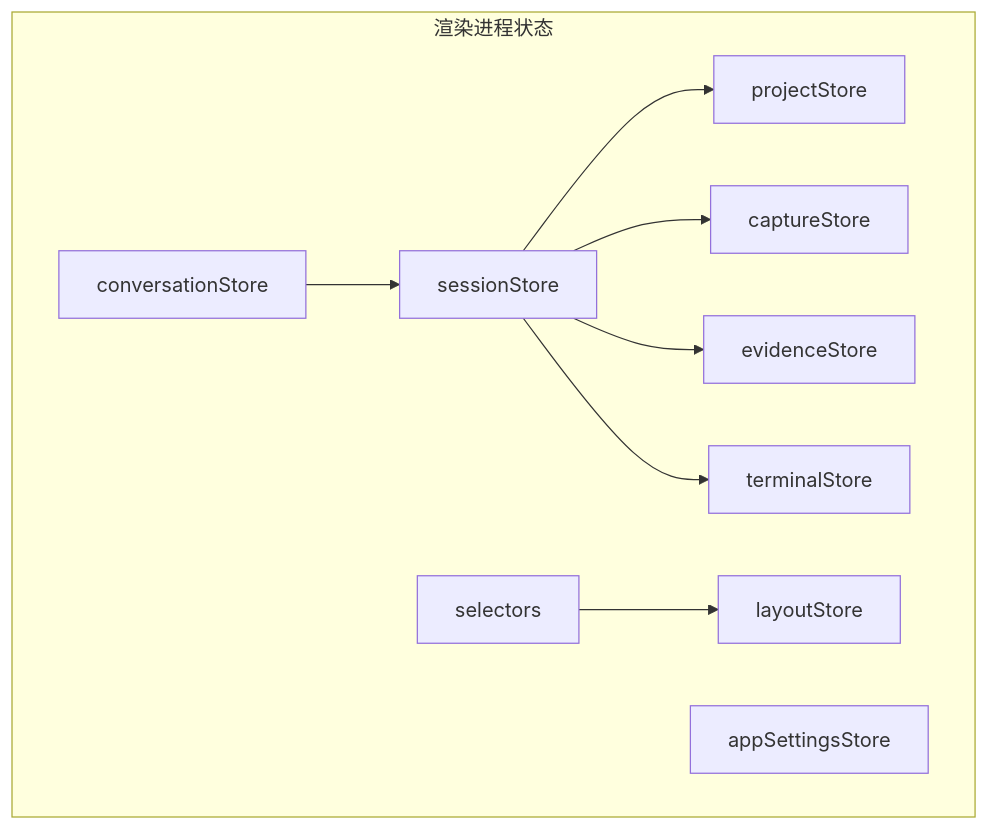
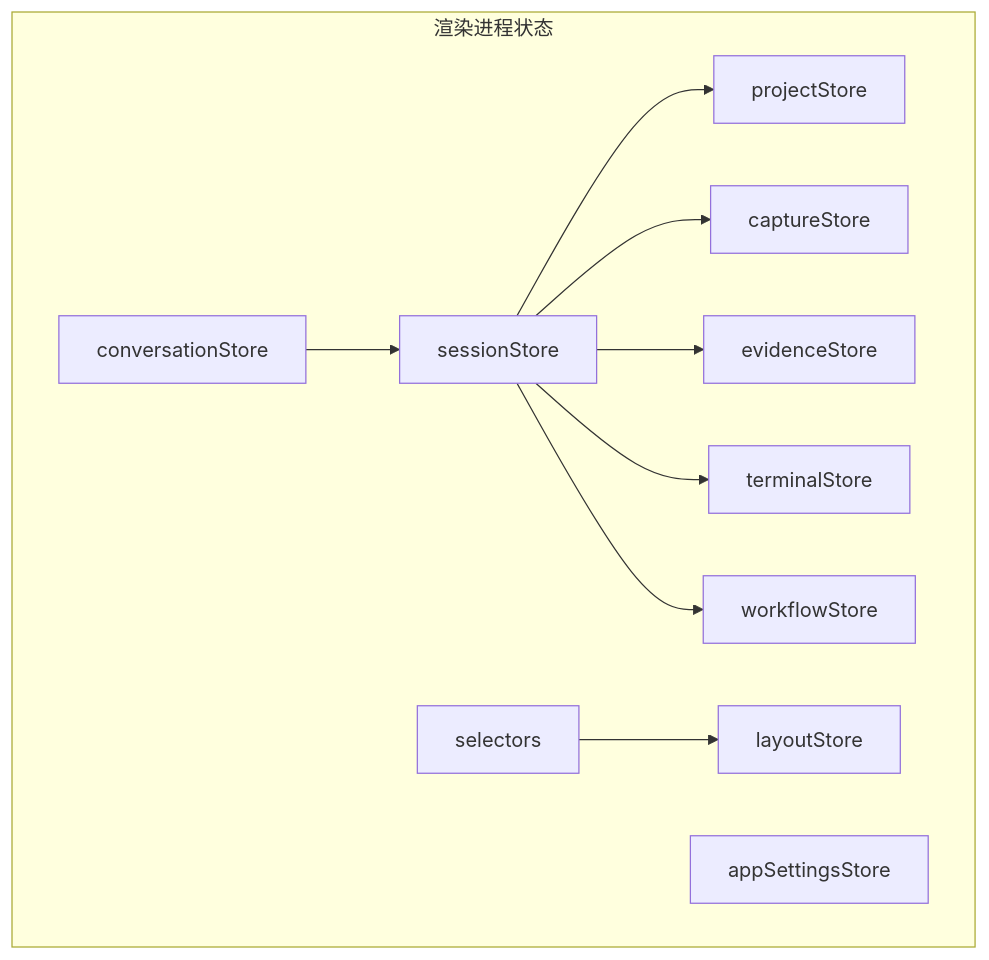
One commit to haolange/RDC-Agent changed the first of 10 diagrams in .qoder/repowiki/zh/content/架构设计/渲染器架构/状态管理/状态管理.md. Above: the diagram before and after it, drawn with Mermaid. The commit also changed other lines of this file and 90 other files, not shown here.

````diff
--- a/.qoder/repowiki/zh/content/架构设计/渲染器架构/状态管理/状态管理.md
+++ b/.qoder/repowiki/zh/content/架构设计/渲染器架构/状态管理/状态管理.md
@@ -42,20 +51,22 @@
 ```mermaid
 graph TB
 subgraph "渲染进程状态"
 A["conversationStore"]
 B["sessionStore"]
 C["appSettingsStore"]
 D["layoutStore"]
 E["projectStore"]
 F["captureStore"]
 G["evidenceStore"]
 H["terminalStore"]
-I["selectors"]
+I["workflowStore"]
+J["selectors"]
 end
 A --> B
 B --> E
 B --> F
 B --> G
 B --> H
-I --> D
+B --> I
+J --> D
 ```
````
